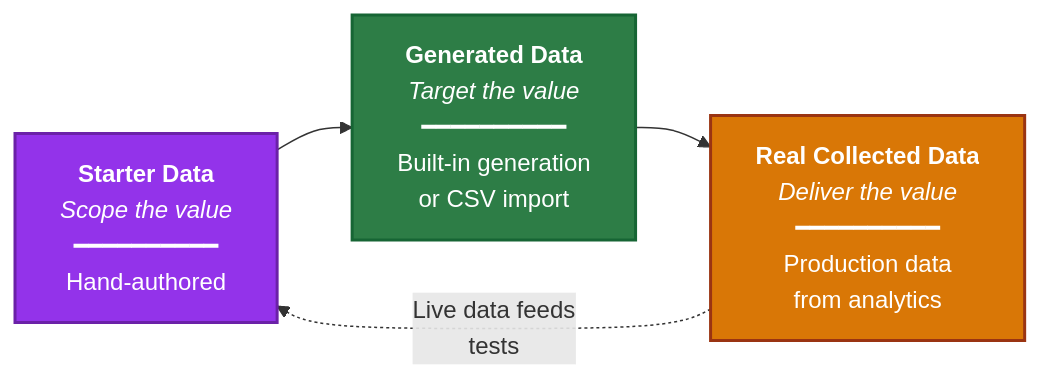
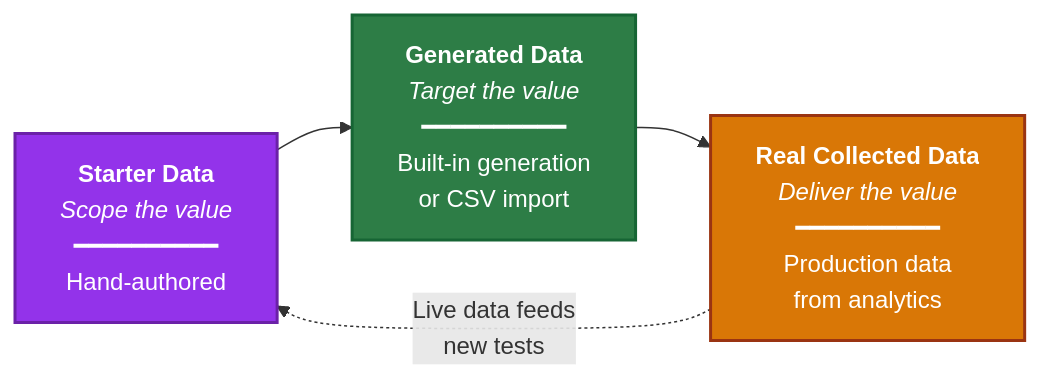
The first of 5 diagrams in _posts/2026-05-06-evaluating-copilot-studio-agents.md (microsoft/mcscatblog), drawn with Mermaid before and after one commit. The commit also changed other lines of this file, not shown here.

Commit message:
Review fixes: typos, stub subsection, mermaid label, H4 consistency

````diff
--- a/_posts/2026-05-06-evaluating-copilot-studio-agents.md
+++ b/_posts/2026-05-06-evaluating-copilot-studio-agents.md
@@ -42,12 +42,12 @@
 ```mermaid
 flowchart LR
     A["<b>Starter Data</b><br/><i>Scope the value</i><br/>━━━━━━━━━━<br/>Hand-authored"]
     B["<b>Generated Data</b><br/><i>Target the value</i><br/>━━━━━━━━━━<br/>Built-in generation<br/>or CSV import"]
     C["<b>Real Collected Data</b><br/><i>Deliver the value</i><br/>━━━━━━━━━━<br/>Production data<br/>from analytics"]
     A --> B --> C
-    C -.->|"Live data feeds<br/> tests"| A
+    C -.->|"Live data feeds<br/>new tests"| A
 
     style A fill:#9333ea,color:#fff,stroke:#6b21a8,stroke-width:2px
     style B fill:#2d7d46,color:#fff,stroke:#166534,stroke-width:2px
     style C fill:#d97706,color:#fff,stroke:#9a3412,stroke-width:2px
 ```
````
